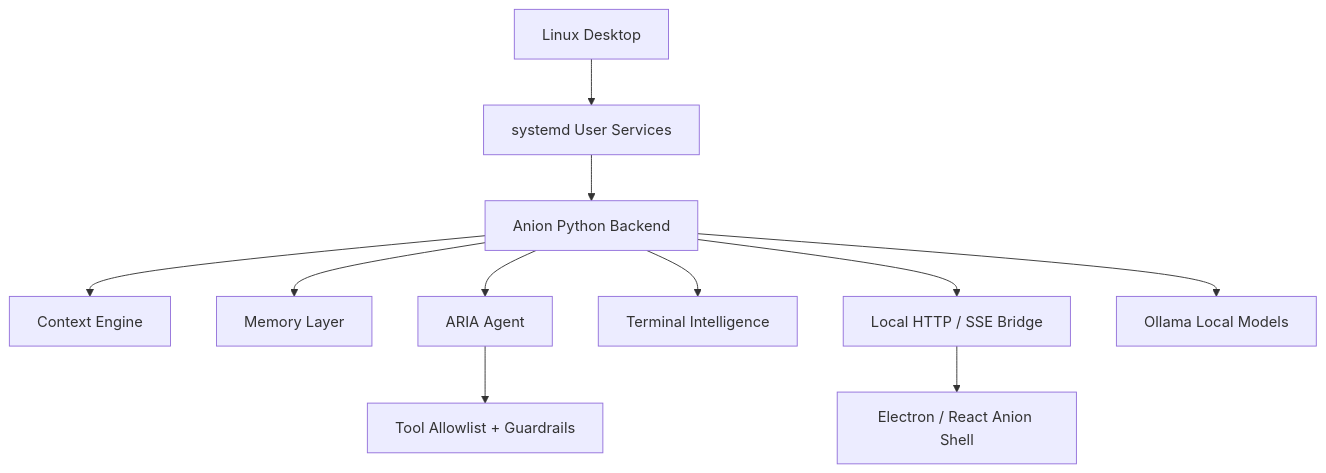
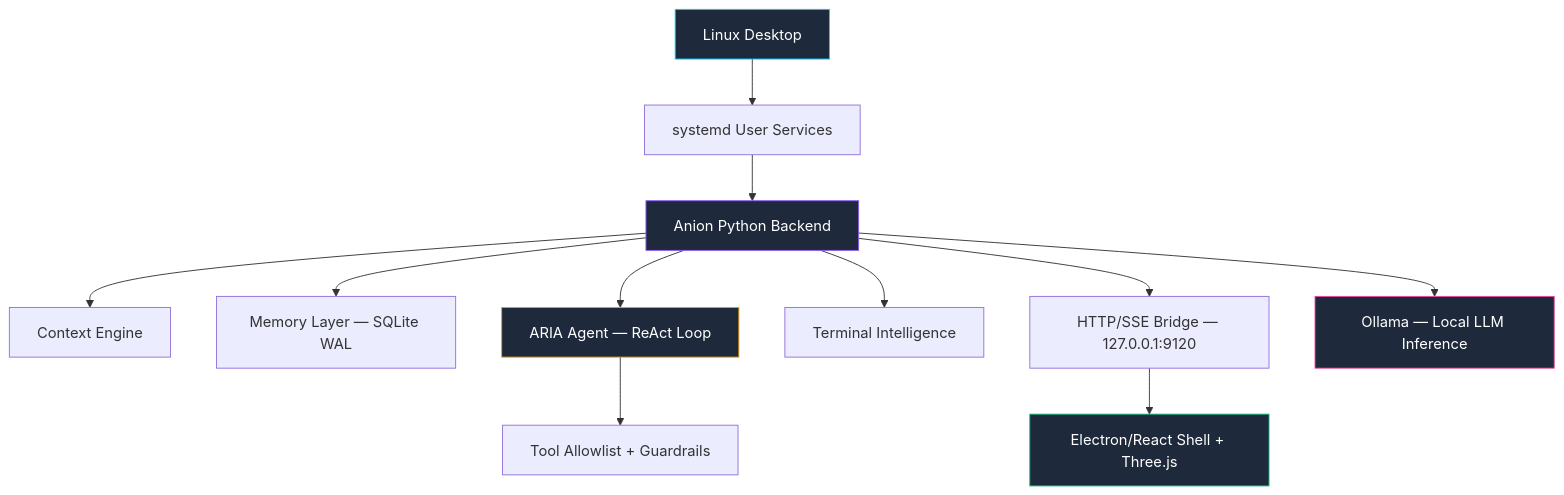
One commit to GopalSinghRajput/anion-public changed the diagram in README.md. Above: the diagram before and after it, drawn with Mermaid. The commit also changed other lines of this file, not shown here.

````diff
--- a/README.md
+++ b/README.md
@@ -50,13 +71,19 @@
 ```mermaid
 flowchart TD
     A[Linux Desktop] --> B[systemd User Services]
     B --> C[Anion Python Backend]
     C --> D[Context Engine]
-    C --> E[Memory Layer]
-    C --> F[ARIA Agent]
+    C --> E[Memory Layer — SQLite WAL]
+    C --> F[ARIA Agent — ReAct Loop]
     C --> G[Terminal Intelligence]
     F --> H[Tool Allowlist + Guardrails]
-    C --> I[Local HTTP / SSE Bridge]
-    I --> J[Electron / React Anion Shell]
-    C --> K[Ollama Local Models]
+    C --> I[HTTP/SSE Bridge — 127.0.0.1:9120]
+    I --> J[Electron/React Shell + Three.js]
+    C --> K[Ollama — Local LLM Inference]
+
+    style A fill:#1e293b,stroke:#00D1FF,color:#fff
+    style C fill:#1e293b,stroke:#8B5CF6,color:#fff
+    style F fill:#1e293b,stroke:#F59E0B,color:#fff
+    style J fill:#1e293b,stroke:#10B981,color:#fff
+    style K fill:#1e293b,stroke:#EC4899,color:#fff
 ```
````
